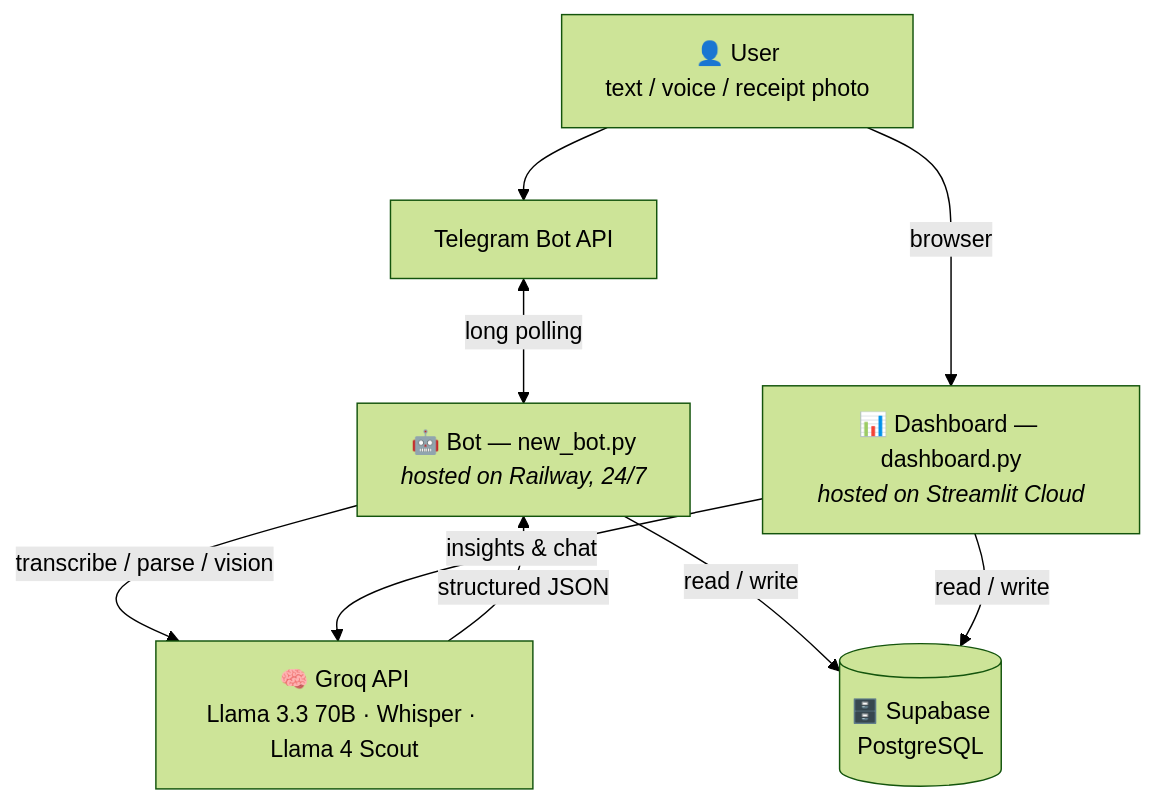
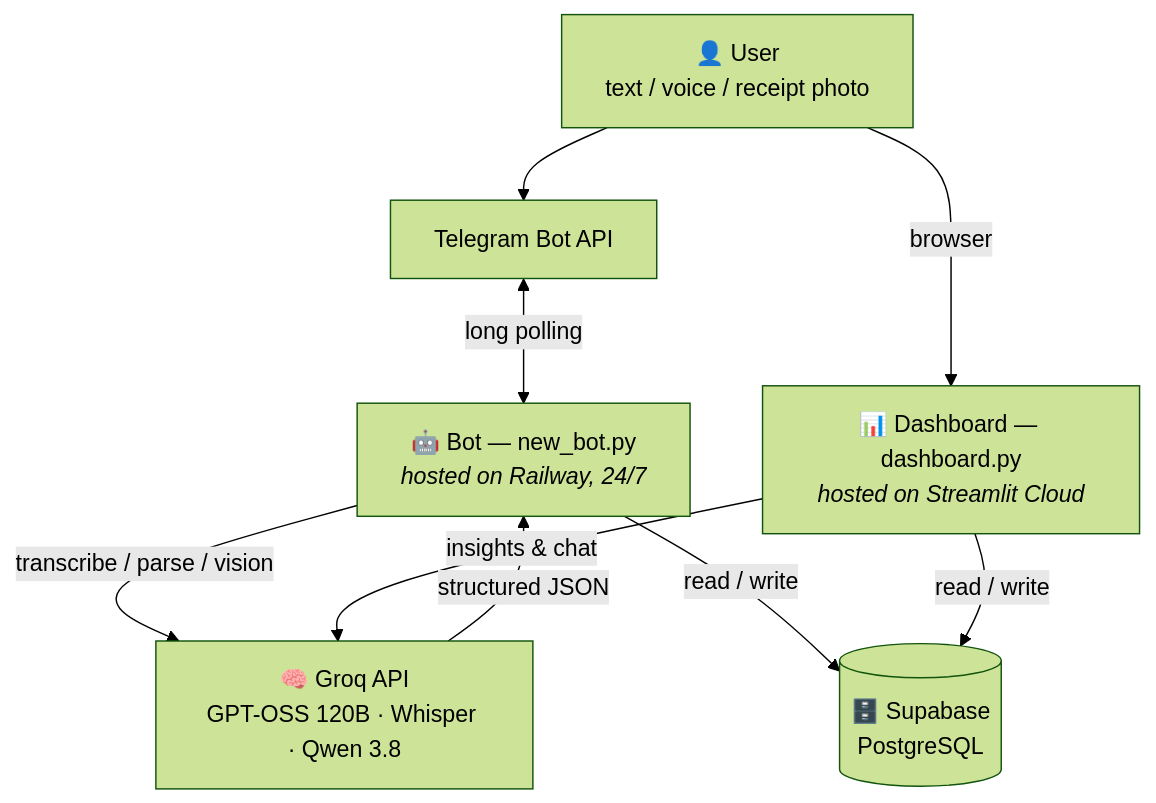
Before and after one commit to yardenkalderon/expense-bot: the diagram in README.md, drawn with Mermaid (forest theme). The commit also changed other lines of this file, not shown here.

First line of the commit message:
Update README for current Groq models and model env vars

````diff
--- a/README.md
+++ b/README.md
@@ -16,11 +16,11 @@
 ```mermaid
 flowchart TD
     U["👤 User<br/>text / voice / receipt photo"] --> TG["Telegram Bot API"]
     TG <-->|long polling| BOT["🤖 Bot — new_bot.py<br/><i>hosted on Railway, 24/7</i>"]
-    BOT -->|"transcribe / parse / vision"| GROQ["🧠 Groq API<br/>Llama 3.3 70B · Whisper · Llama 4 Scout"]
+    BOT -->|"transcribe / parse / vision"| GROQ["🧠 Groq API<br/>GPT-OSS 120B · Whisper · Qwen 3.8"]
     GROQ -->|structured JSON| BOT
     BOT -->|read / write| DB[("🗄️ Supabase<br/>PostgreSQL")]
     DASH["📊 Dashboard — dashboard.py<br/><i>hosted on Streamlit Cloud</i>"] -->|read / write| DB
     DASH -->|insights & chat| GROQ
     U -->|browser| DASH
 ```
````
